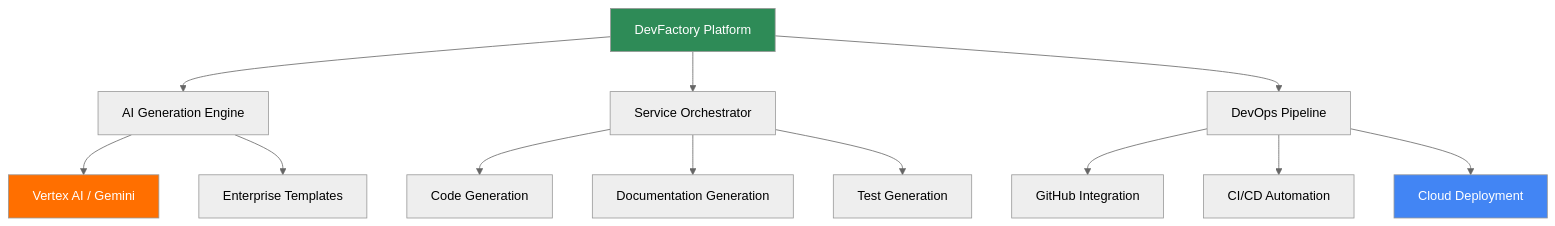
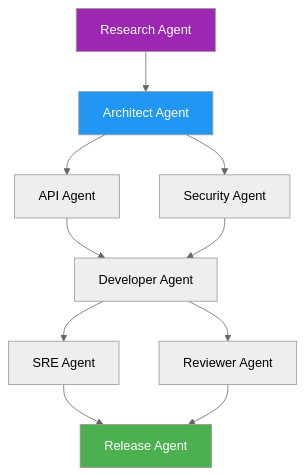
Before and after one commit to nimergulf/devfactory: the diagram in README.md, drawn with Mermaid (neutral theme). The commit also changed other lines of this file and 1 other file, not shown here.

First line of the commit message:
docs: Transform to DevFoundry - The Agentic Software Development Platform

````diff
--- a/README.md
+++ b/README.md
@@ -55,18 +67,16 @@
 ```mermaid
 graph TB
-    A[DevFactory Platform] --> B[AI Generation Engine]
-    B --> C[Vertex AI / Gemini]
-    B --> D[Enterprise Templates]
-    A --> E[Service Orchestrator]
-    E --> F[Code Generation]
-    E --> G[Documentation Generation]
-    E --> H[Test Generation]
-    A --> I[DevOps Pipeline]
-    I --> J[GitHub Integration]
-    I --> K[CI/CD Automation]
-    I --> L[Cloud Deployment]
+    A[Research Agent] --> B[Architect Agent]
+    B --> C[API Agent]
+    B --> D[Security Agent]
+    C --> E[Developer Agent]
+    D --> E
+    E --> F[SRE Agent]
+    E --> G[Reviewer Agent]
+    F --> H[Release Agent]
+    G --> H
     
-    style A fill:#2E8B57,color:#fff
-    style C fill:#FF6F00,color:#fff
-    style L fill:#4285F4,color:#fff
+    style A fill:#9C27B0,color:#fff
+    style B fill:#2196F3,color:#fff
+    style H fill:#4CAF50,color:#fff
 ```
````
